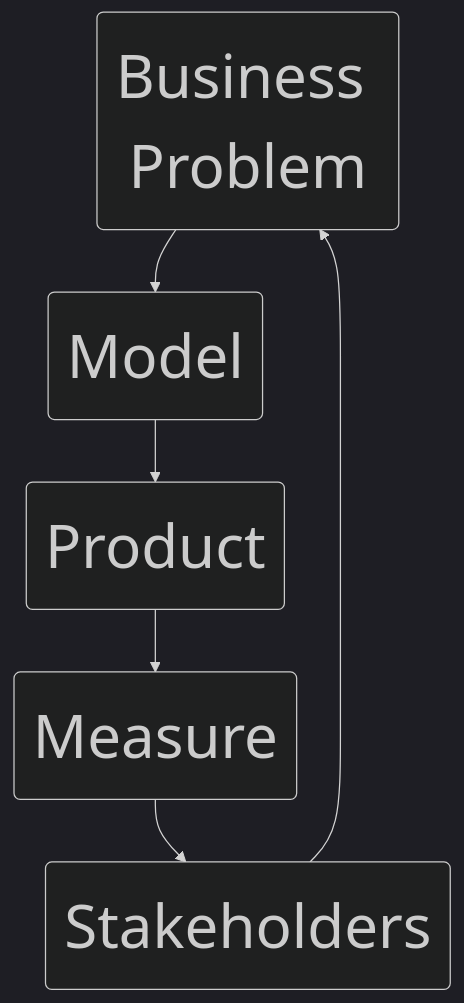
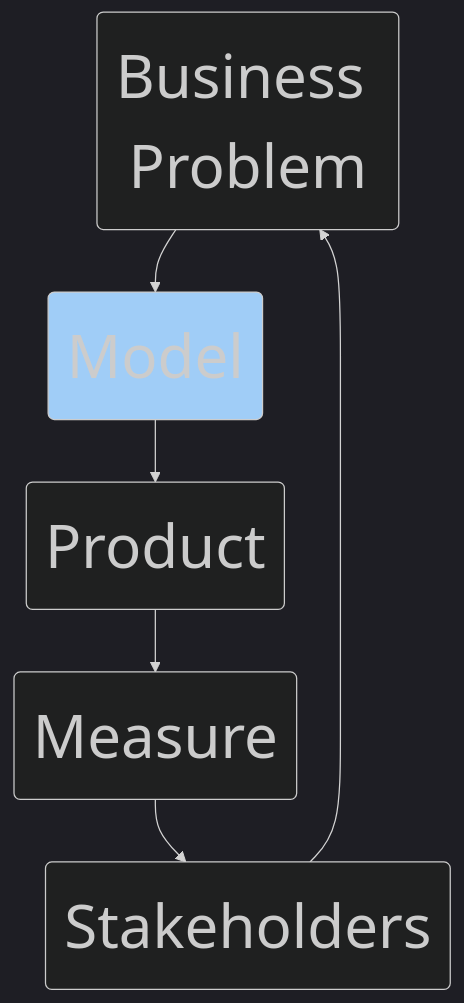
One commit to juanitorduz/website_projects changed the second of 3 diagrams in Presentations/marketing_bayes_webinar/marketing_bayes.qmd. Above: the diagram before and after it, drawn with Mermaid. The commit also changed other lines of this file and 1 other file, not shown here.

Commit message:
clean retention model latex slide

````diff
--- a/Presentations/marketing_bayes_webinar/marketing_bayes.qmd
+++ b/Presentations/marketing_bayes_webinar/marketing_bayes.qmd
@@ -37,12 +54,14 @@
 ```{mermaid}
 %%| fig-height: 6
 %%| fig-width: 9
 %%| fig-align: "center"
 %%{init: {"theme": "dark", "themeVariables": {"fontSize": "48px"}, "flowchart":{"htmlLabels":false}}}%%
 flowchart TD
   BusinessProblem("Business Problem") --> Model("Model")
   Model --> Product("Product")
   Product --> Measure("Measure")
   Measure --> Stakeholders("Stakeholders")
   Stakeholders --> BusinessProblem 
+
+  style Model fill:#a0cdf7
 ```
````
